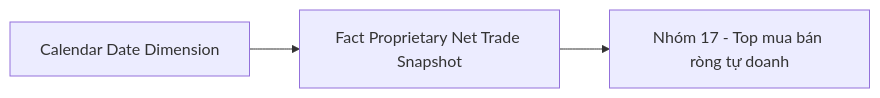
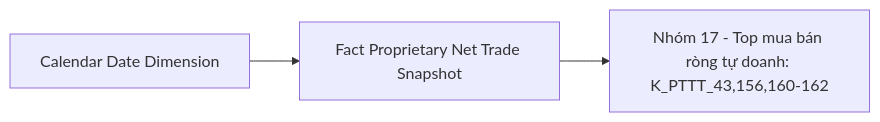
One commit to linhlvit/ubck_atomic_design changed diagram 40 of 53 in Datamart/hld/DTM_PTTT_HLD.md. Above: the diagram before and after it, drawn with Mermaid. The commit also changed other lines of this file and 21 other files, not shown here.

````diff
--- a/Datamart/hld/DTM_PTTT_HLD.md
+++ b/Datamart/hld/DTM_PTTT_HLD.md
@@ -1975,8 +1975,8 @@
 ```mermaid
 flowchart LR
     fct_proprietary_net_trade_snpst["Fact Proprietary Net Trade Snapshot"]
     cdr_dt_dim["Calendar Date Dimension"]
-    rpt_nhom17["Nhóm 17 - Top mua bán ròng tự doanh"]
+    rpt_nhom17["Nhóm 17 - Top mua bán ròng tự doanh: K_PTTT_43,156,160-162"]
     cdr_dt_dim --> fct_proprietary_net_trade_snpst
     fct_proprietary_net_trade_snpst --> rpt_nhom17
 ```
````
